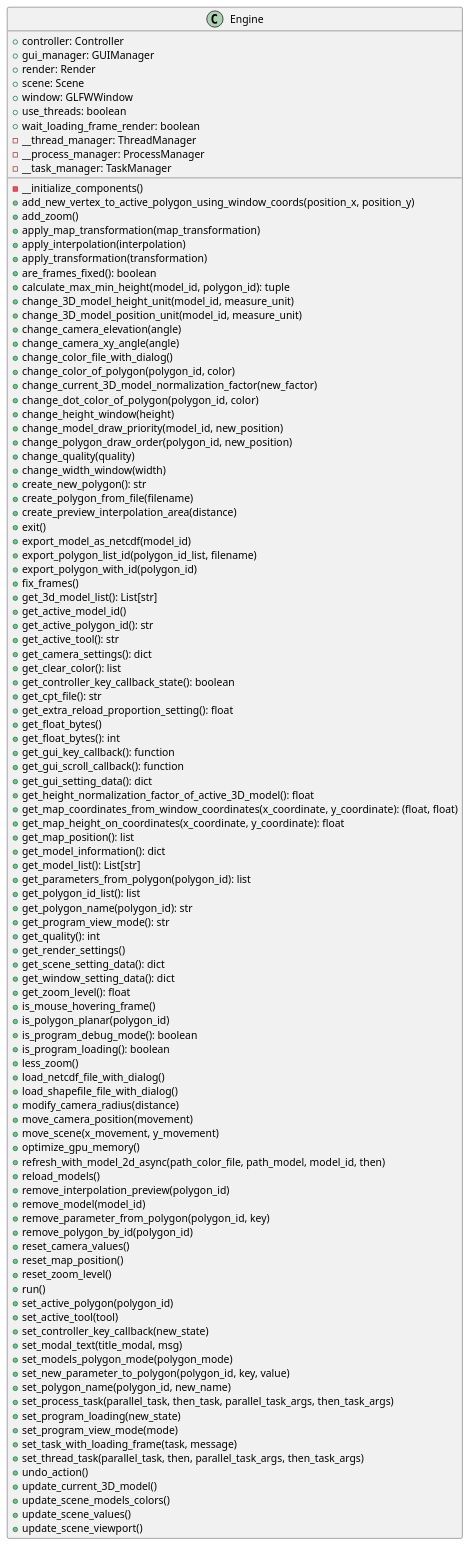
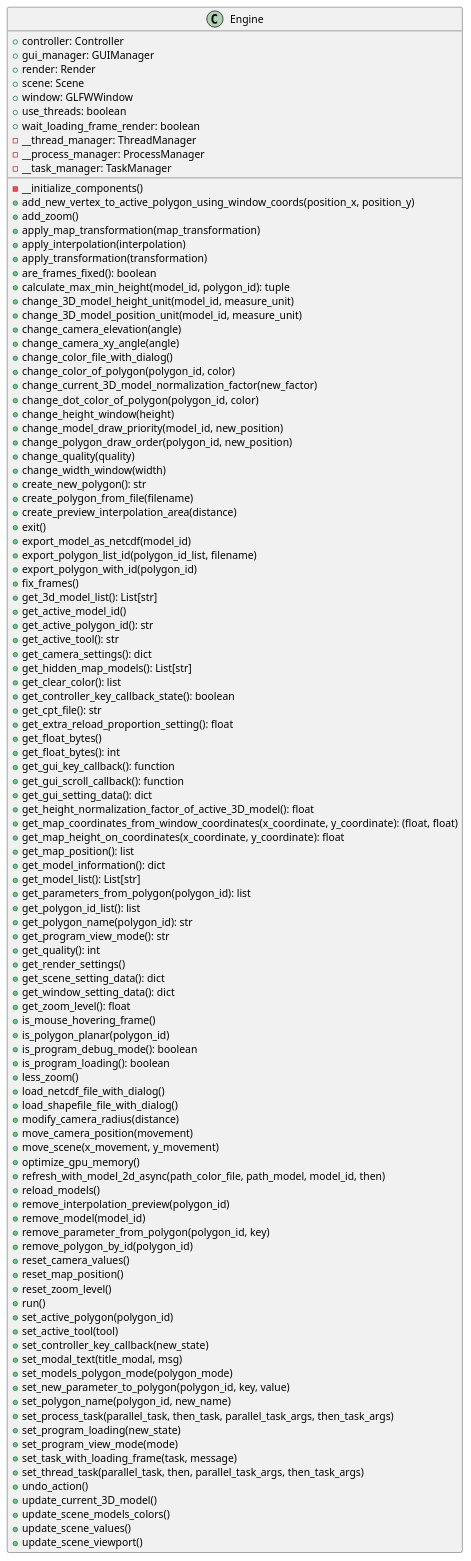
Before and after one commit to ferpoble2/Relief_Creator: the diagram in docs/classes/Engine.puml, drawn with PlantUML. The commit also changed 2 other files, not shown here.

```diff
--- a/docs/classes/Engine.puml
+++ b/docs/classes/Engine.puml
@@ -1,112 +1,113 @@
 @startuml
 class Engine {
     + controller: Controller
     + gui_manager: GUIManager
     + render: Render
     + scene: Scene
     + window: GLFWWindow
     + use_threads: boolean
     + wait_loading_frame_render: boolean
     - __thread_manager: ThreadManager
     - __process_manager: ProcessManager
     - __task_manager: TaskManager
 
     - __initialize_components()
     + add_new_vertex_to_active_polygon_using_window_coords(position_x, position_y)
     + add_zoom()
     + apply_map_transformation(map_transformation)
     + apply_interpolation(interpolation)
     + apply_transformation(transformation)
     + are_frames_fixed(): boolean
     + calculate_max_min_height(model_id, polygon_id): tuple
     + change_3D_model_height_unit(model_id, measure_unit)
     + change_3D_model_position_unit(model_id, measure_unit)
     + change_camera_elevation(angle)
     + change_camera_xy_angle(angle)
     + change_color_file_with_dialog()
     + change_color_of_polygon(polygon_id, color)
     + change_current_3D_model_normalization_factor(new_factor)
     + change_dot_color_of_polygon(polygon_id,  color)
     + change_height_window(height)
     + change_model_draw_priority(model_id, new_position)
     + change_polygon_draw_order(polygon_id, new_position)
     + change_quality(quality)
     + change_width_window(width)
     + create_new_polygon(): str
     + create_polygon_from_file(filename)
     + create_preview_interpolation_area(distance)
     + exit()
     + export_model_as_netcdf(model_id)
     + export_polygon_list_id(polygon_id_list, filename)
     + export_polygon_with_id(polygon_id)
     + fix_frames()
     + get_3d_model_list(): List[str]
     + get_active_model_id()
     + get_active_polygon_id(): str
     + get_active_tool(): str
     + get_camera_settings(): dict
+    + get_hidden_map_models(): List[str]
     + get_clear_color(): list
     + get_controller_key_callback_state(): boolean
     + get_cpt_file(): str
     + get_extra_reload_proportion_setting(): float
     + get_float_bytes()
     + get_float_bytes(): int
     + get_gui_key_callback(): function
     + get_gui_scroll_callback(): function
     + get_gui_setting_data(): dict
     + get_height_normalization_factor_of_active_3D_model(): float
     + get_map_coordinates_from_window_coordinates(x_coordinate, y_coordinate): (float, float)
     + get_map_height_on_coordinates(x_coordinate, y_coordinate): float
     + get_map_position(): list
     + get_model_information(): dict
     + get_model_list(): List[str]
     + get_parameters_from_polygon(polygon_id): list
     + get_polygon_id_list(): list
     + get_polygon_name(polygon_id): str
     + get_program_view_mode(): str
     + get_quality(): int
     + get_render_settings()
     + get_scene_setting_data(): dict
     + get_window_setting_data(): dict
     + get_zoom_level(): float
     + is_mouse_hovering_frame()
     + is_polygon_planar(polygon_id)
     + is_program_debug_mode(): boolean
     + is_program_loading(): boolean
     + less_zoom()
     + load_netcdf_file_with_dialog()
     + load_shapefile_file_with_dialog()
     + modify_camera_radius(distance)
     + move_camera_position(movement)
     + move_scene(x_movement, y_movement)
     + optimize_gpu_memory()
     + refresh_with_model_2d_async(path_color_file, path_model, model_id, then)
     + reload_models()
     + remove_interpolation_preview(polygon_id)
     + remove_model(model_id)
     + remove_parameter_from_polygon(polygon_id, key)
     + remove_polygon_by_id(polygon_id)
     + reset_camera_values()
     + reset_map_position()
     + reset_zoom_level()
     + run()
     + set_active_polygon(polygon_id)
     + set_active_tool(tool)
     + set_controller_key_callback(new_state)
     + set_modal_text(title_modal, msg)
     + set_models_polygon_mode(polygon_mode)
     + set_new_parameter_to_polygon(polygon_id, key, value)
     + set_polygon_name(polygon_id, new_name)
     + set_process_task(parallel_task, then_task, parallel_task_args, then_task_args)
     + set_program_loading(new_state)
     + set_program_view_mode(mode)
     + set_task_with_loading_frame(task, message)
     + set_thread_task(parallel_task, then, parallel_task_args, then_task_args)
     + undo_action()
     + update_current_3D_model()
     + update_scene_models_colors()
     + update_scene_values()
     + update_scene_viewport()
 }
 
 @enduml
```
